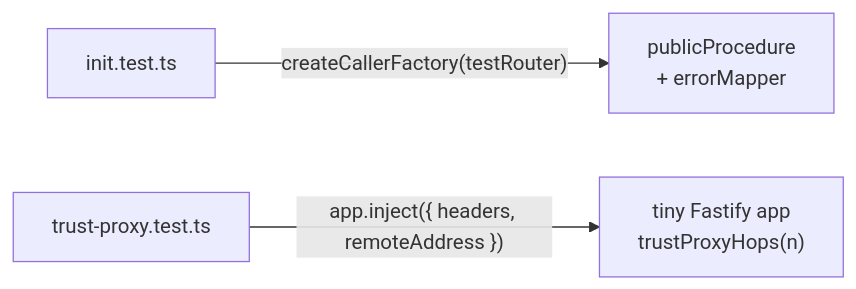
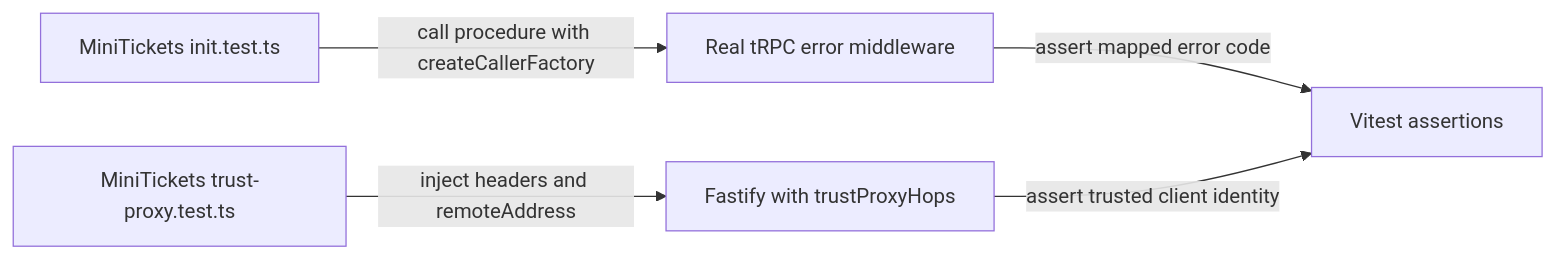
Before and after one commit to maheshnd/minitickets: the diagram in docs/handbook/concepts/in-process-api-tests.md, drawn with Mermaid. The commit also changed other lines of this file and 119 other files, not shown here.

````diff
--- a/docs/handbook/concepts/in-process-api-tests.md
+++ b/docs/handbook/concepts/in-process-api-tests.md
@@ -19,5 +19,7 @@
 ```mermaid
 flowchart LR
-    t1["init.test.ts"] -->|"createCallerFactory(testRouter)"| mw["publicProcedure<br/>+ errorMapper"]
-    t2["trust-proxy.test.ts"] -->|"app.inject({ headers, remoteAddress })"| f["tiny Fastify app<br/>trustProxyHops(n)"]
+    T["MiniTickets init.test.ts"] -->|"call procedure with createCallerFactory"| M["Real tRPC error middleware"]
+    P["MiniTickets trust-proxy.test.ts"] -->|"inject headers and remoteAddress"| F["Fastify with trustProxyHops"]
+    M -->|"assert mapped error code"| A["Vitest assertions"]
+    F -->|"assert trusted client identity"| A
 ```
````
